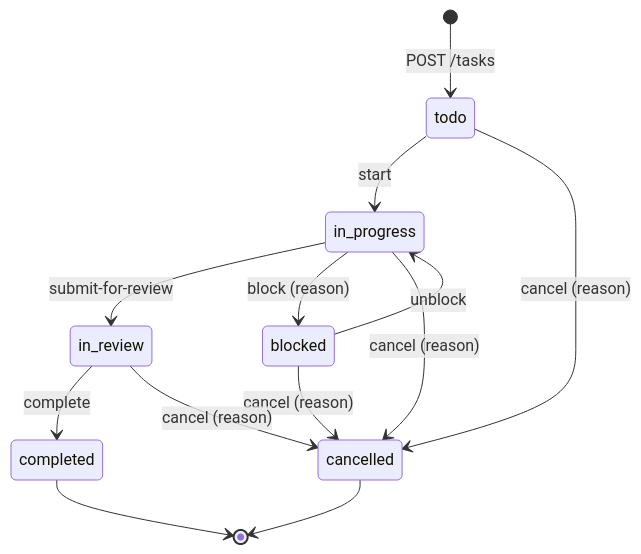
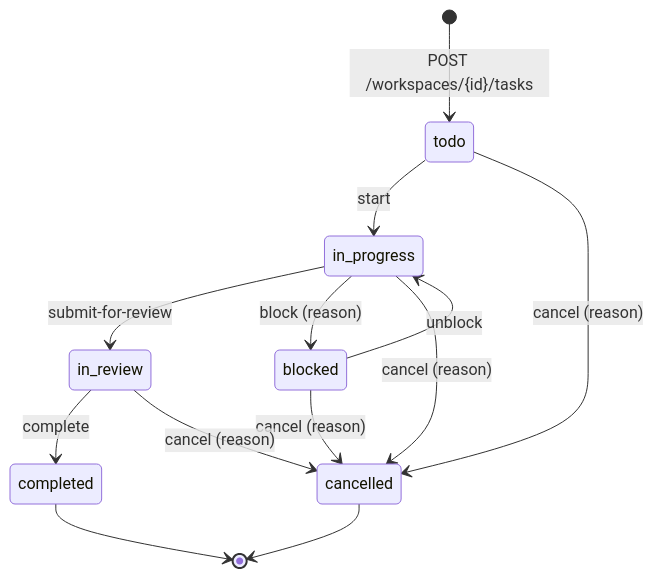
One commit to NikitaSomik/symfony-todo-app changed the fourth of 5 diagrams in docs/architecture.md. Above: the diagram before and after it, drawn with Mermaid. The commit also changed other lines of this file and 51 other files, not shown here.

Commit message:
feat(task): put tasks into workspaces and let membership decide who reaches them (#78)

````diff
--- a/docs/architecture.md
+++ b/docs/architecture.md
@@ -128,15 +130,15 @@
 ```mermaid
 stateDiagram-v2
-    [*] --> todo: POST /tasks
+    [*] --> todo: POST /workspaces/{id}/tasks
     todo --> in_progress: start
     in_progress --> in_review: submit-for-review
     in_progress --> blocked: block (reason)
     blocked --> in_progress: unblock
     in_review --> completed: complete
     todo --> cancelled: cancel (reason)
     in_progress --> cancelled: cancel (reason)
     blocked --> cancelled: cancel (reason)
     in_review --> cancelled: cancel (reason)
     completed --> [*]
     cancelled --> [*]
 ```
````
